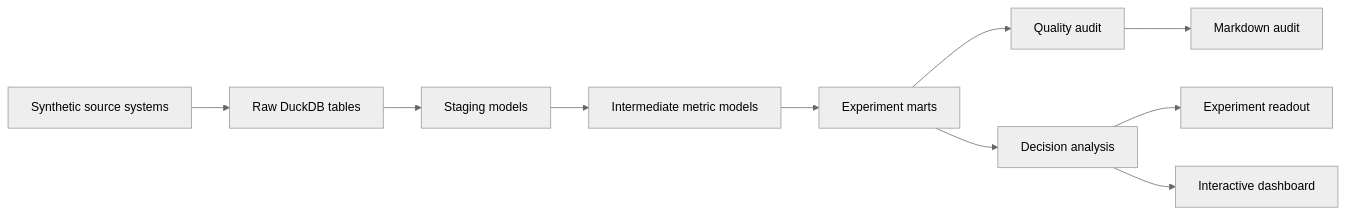
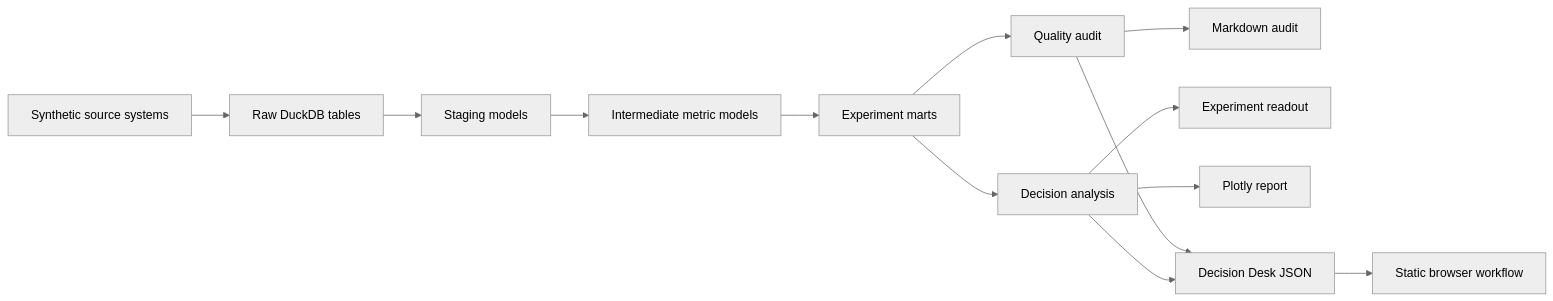
Before and after one commit to amlfarhad/experiment-forge: the diagram in docs/architecture.md, drawn with Mermaid (neutral theme). The commit also changed other lines of this file and 24 other files, not shown here.

Commit message:
feat: ship experiment forge decision desk

````diff
--- a/docs/architecture.md
+++ b/docs/architecture.md
@@ -7,12 +7,15 @@
 ```mermaid
 flowchart LR
     A["Synthetic source systems"] --> B["Raw DuckDB tables"]
     B --> C["Staging models"]
     C --> D["Intermediate metric models"]
     D --> E["Experiment marts"]
     E --> F["Quality audit"]
     E --> G["Decision analysis"]
     F --> H["Markdown audit"]
     G --> I["Experiment readout"]
-    G --> J["Interactive dashboard"]
+    G --> J["Plotly report"]
+    F --> K["Decision Desk JSON"]
+    G --> K
+    K --> L["Static browser workflow"]
 ```
````
